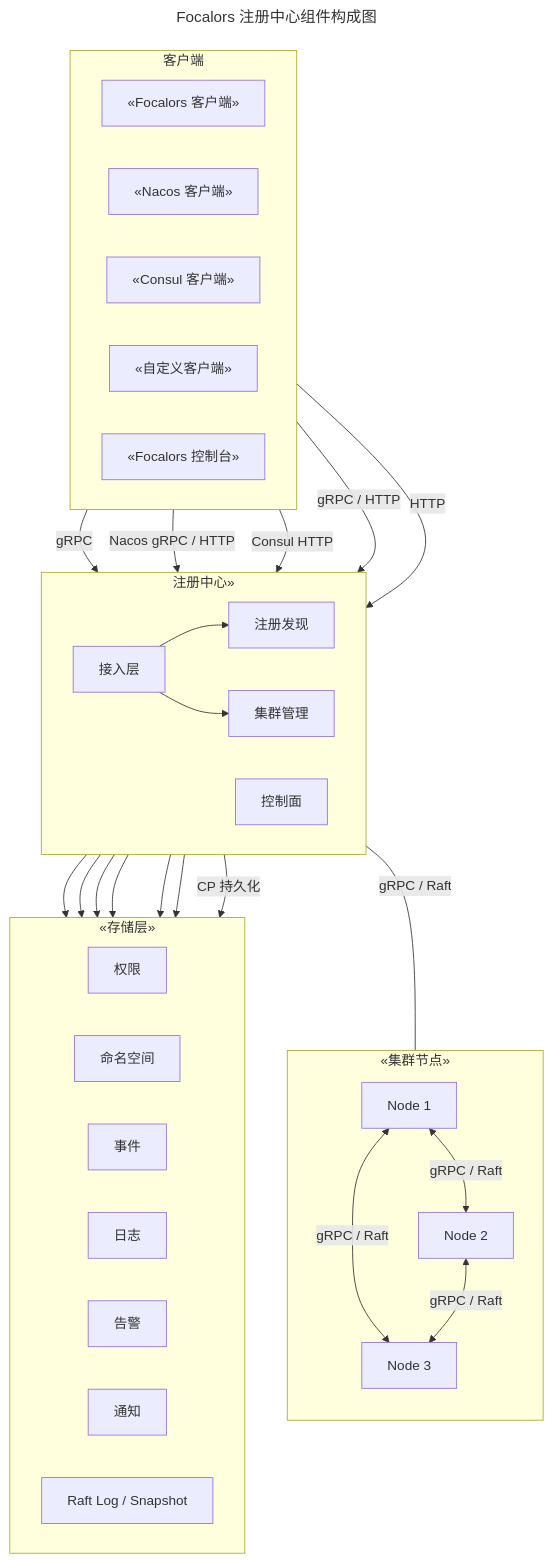
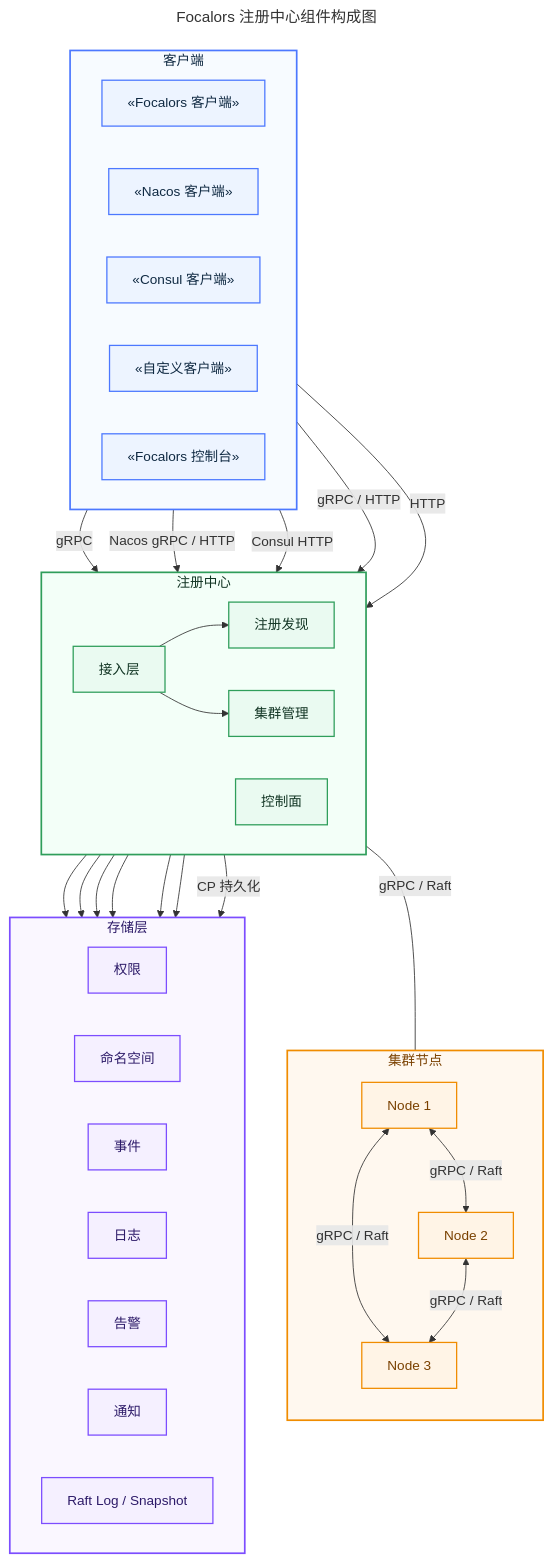
The first of 2 diagrams in README-zh-CN.md (shiyindaxiaojie/eden-microservice), drawn with Mermaid before and after one commit. The commit also changed other lines of this file and 1 other file, not shown here.

````diff
--- a/README-zh-CN.md
+++ b/README-zh-CN.md
@@ -56,62 +123,77 @@
 ```mermaid
 ---
 title: Focalors 注册中心组件构成图
 ---
 flowchart TB
+    classDef client fill:#edf4ff,stroke:#4c78ff,stroke-width:1.5px,color:#102a43;
+    classDef registry fill:#eafaf1,stroke:#2f9e5b,stroke-width:1.5px,color:#123524;
+    classDef cluster fill:#fff4e6,stroke:#f08c00,stroke-width:1.5px,color:#7a4100;
+    classDef storage fill:#f5f0ff,stroke:#7c4dff,stroke-width:1.5px,color:#2d1b69;
+
     subgraph ActiveClients["客户端"]
         direction LR
         SDK["«Focalors 客户端»"]
         NACOS["«Nacos 客户端»"]
         CONSUL["«Consul 客户端»"]
         CUSTOM["«自定义客户端»"]
         CONSOLE["«Focalors 控制台»"]
     end
 
-    subgraph REGISTRY["注册中心»"]
+    subgraph REGISTRY["注册中心"]
         direction LR
         ACCESS["接入层"]
         CONTROL["控制面"]
         CATALOG["注册发现"]
         CLUSTER["集群管理"]
     end
 
-    subgraph PeerNodes["«集群节点»"]
+    subgraph PeerNodes["集群节点"]
         direction TB
         N1["Node 1"]
         N2["Node 2"]
         N3["Node 3"]
         N1 <-->|gRPC / Raft| N2
         N1 <-->|gRPC / Raft| N3
         N2 <-->|gRPC / Raft| N3
     end
 
-    subgraph PersistentStore["«存储层»"]
+    subgraph PersistentStore["存储层"]
         direction LR
         RBAC["权限"]
         NS["命名空间"]
         EVENT["事件"]
         LOG["日志"]
         ALERT["告警"]
         NOTICE["通知"]
         RAFT["Raft Log / Snapshot"]
     end
+
+    style ActiveClients fill:#f7fbff,stroke:#4c78ff,stroke-width:2px,color:#102a43
+    style REGISTRY fill:#f3fff8,stroke:#2f9e5b,stroke-width:2px,color:#123524
+    style PeerNodes fill:#fff8ef,stroke:#f08c00,stroke-width:2px,color:#7a4100
+    style PersistentStore fill:#faf7ff,stroke:#7c4dff,stroke-width:2px,color:#2d1b69
+
+    class SDK,NACOS,CONSUL,CUSTOM,CONSOLE client
+    class ACCESS,CONTROL,CATALOG,CLUSTER registry
+    class N1,N2,N3 cluster
+    class RBAC,NS,EVENT,LOG,ALERT,NOTICE,RAFT storage
 
     SDK -->|gRPC| ACCESS
     NACOS -->|Nacos gRPC / HTTP| ACCESS
     CONSUL -->|Consul HTTP| ACCESS
     CUSTOM -->|gRPC / HTTP| ACCESS
     CONSOLE -->|HTTP| CONTROL
 
     ACCESS --> CATALOG
     ACCESS --> CLUSTER
 
     CLUSTER ---|gRPC / Raft| N1
 
     CONTROL --> RBAC
     CONTROL --> NS
     CONTROL --> EVENT
     CONTROL --> LOG
     CONTROL --> ALERT
     CONTROL --> NOTICE
     CLUSTER -->|CP 持久化| RAFT
 ```
````
